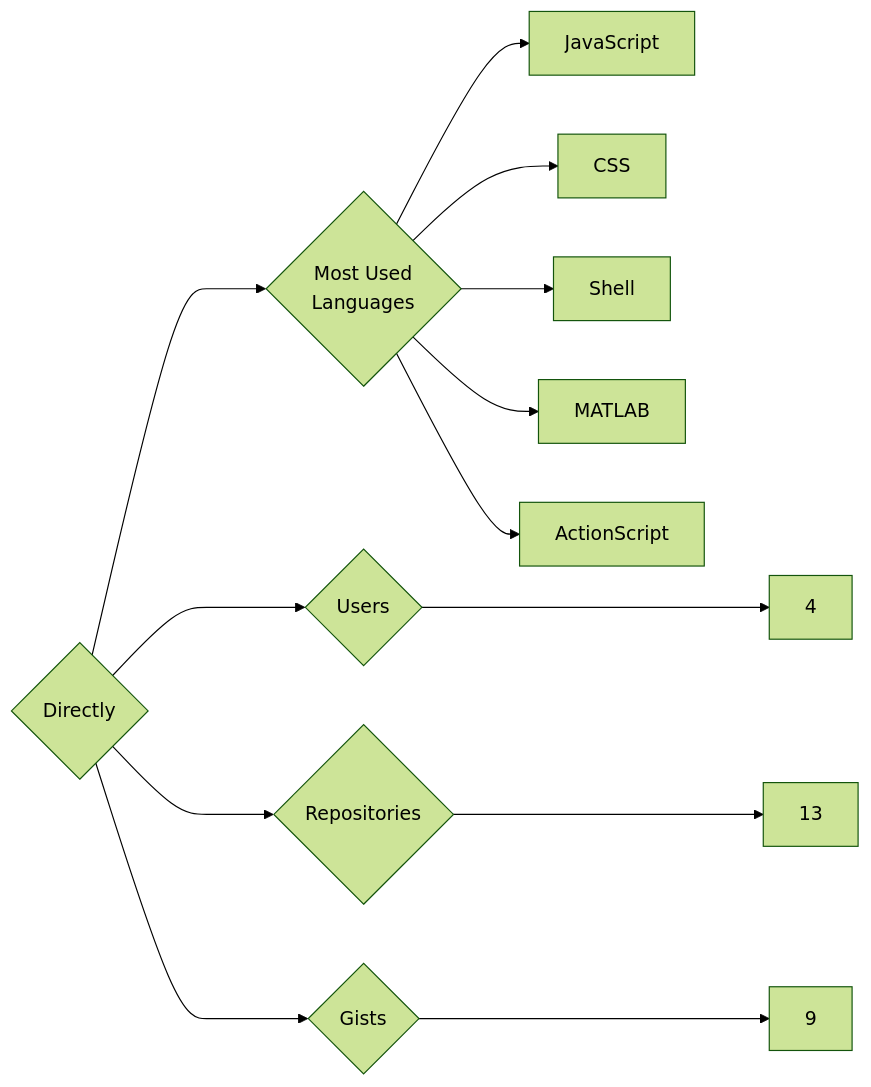
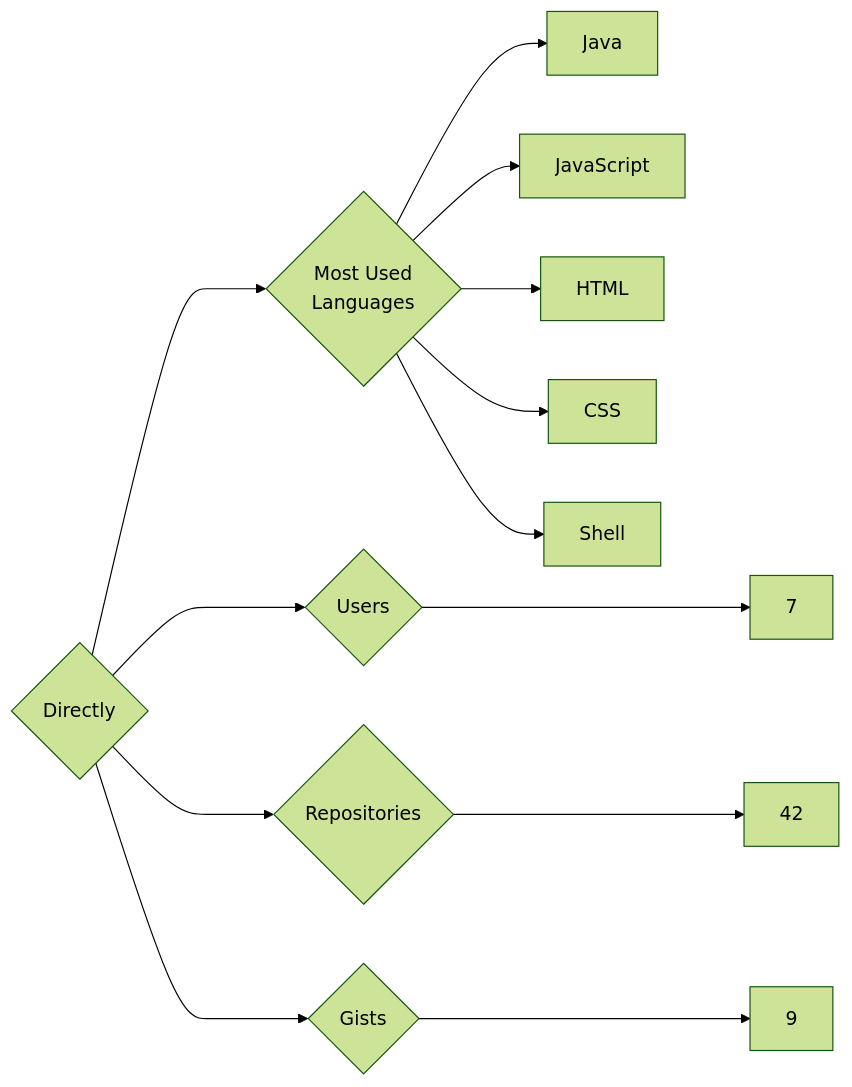
The diagram in targets/Directly/README.md (trickest/insiders), drawn with Mermaid (forest theme) before and after one commit. The commit also changed 859 other files, not shown here.

````diff
--- a/targets/Directly/README.md
+++ b/targets/Directly/README.md
@@ -3,13 +3,13 @@
 ```mermaid
 graph LR
 COMPANY_NAME{Directly}
-COMPANY_NAME ---> U{Users} ---> UN[4]
-COMPANY_NAME ---> R{Repositories} ---> RN[13]
+COMPANY_NAME ---> U{Users} ---> UN[7]
+COMPANY_NAME ---> R{Repositories} ---> RN[42]
 COMPANY_NAME ---> G{Gists} ---> GN[9]
 COMPANY_NAME ---> ML{Most Used<br>Languages}
+ML --> Java[Java]
 ML --> JavaScript[JavaScript]
+ML --> HTML[HTML]
 ML --> CSS[CSS]
 ML --> Shell[Shell]
-ML --> MATLAB[MATLAB]
-ML --> ActionScript[ActionScript]
 ```
````
